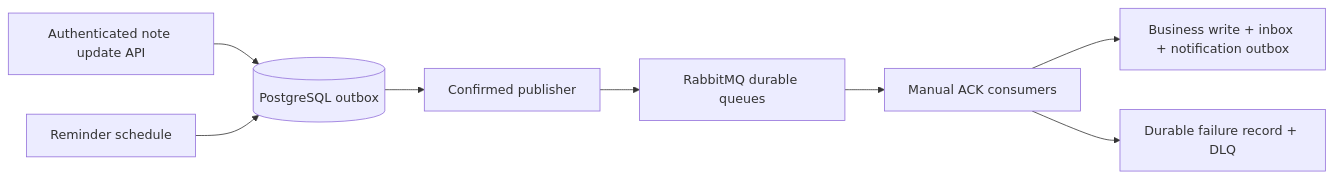
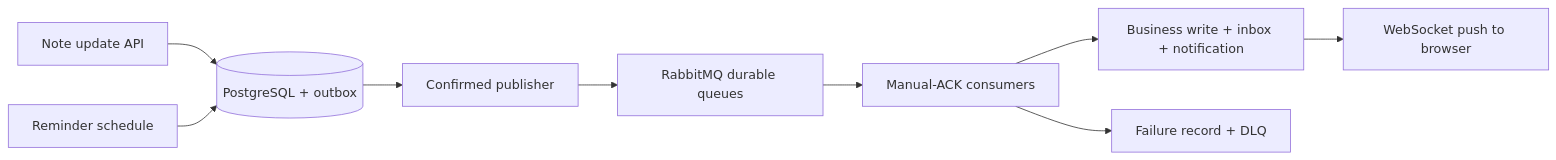
One commit to NNTN32/NotesWebApp changed the diagram in README.md. Above: the diagram before and after it, drawn with Mermaid. The commit also changed other lines of this file, not shown here.

````diff
--- a/README.md
+++ b/README.md
@@ -48,10 +50,11 @@
 ```mermaid
 flowchart LR
-  API[Authenticated note update API] --> DB[(PostgreSQL outbox)]
+  API[Note update API] --> DB[(PostgreSQL + outbox)]
   Scheduler[Reminder schedule] --> DB
   DB --> Relay[Confirmed publisher]
   Relay --> Rabbit[RabbitMQ durable queues]
-  Rabbit --> Consumer[Manual ACK consumers]
-  Consumer --> TX[Business write + inbox + notification outbox]
-  Consumer --> DLQ[Durable failure record + DLQ]
+  Rabbit --> Consumer[Manual-ACK consumers]
+  Consumer --> TX[Business write + inbox + notification]
+  Consumer --> DLQ[Failure record + DLQ]
+  TX --> WS[WebSocket push to browser]
 ```
````
